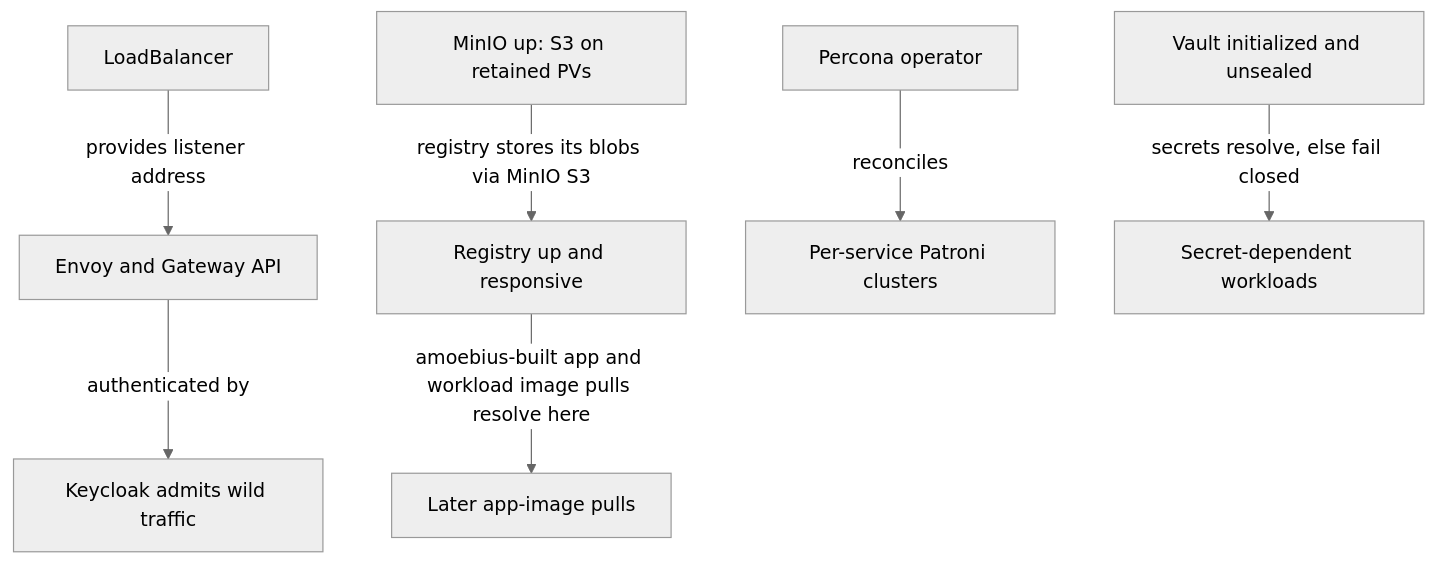
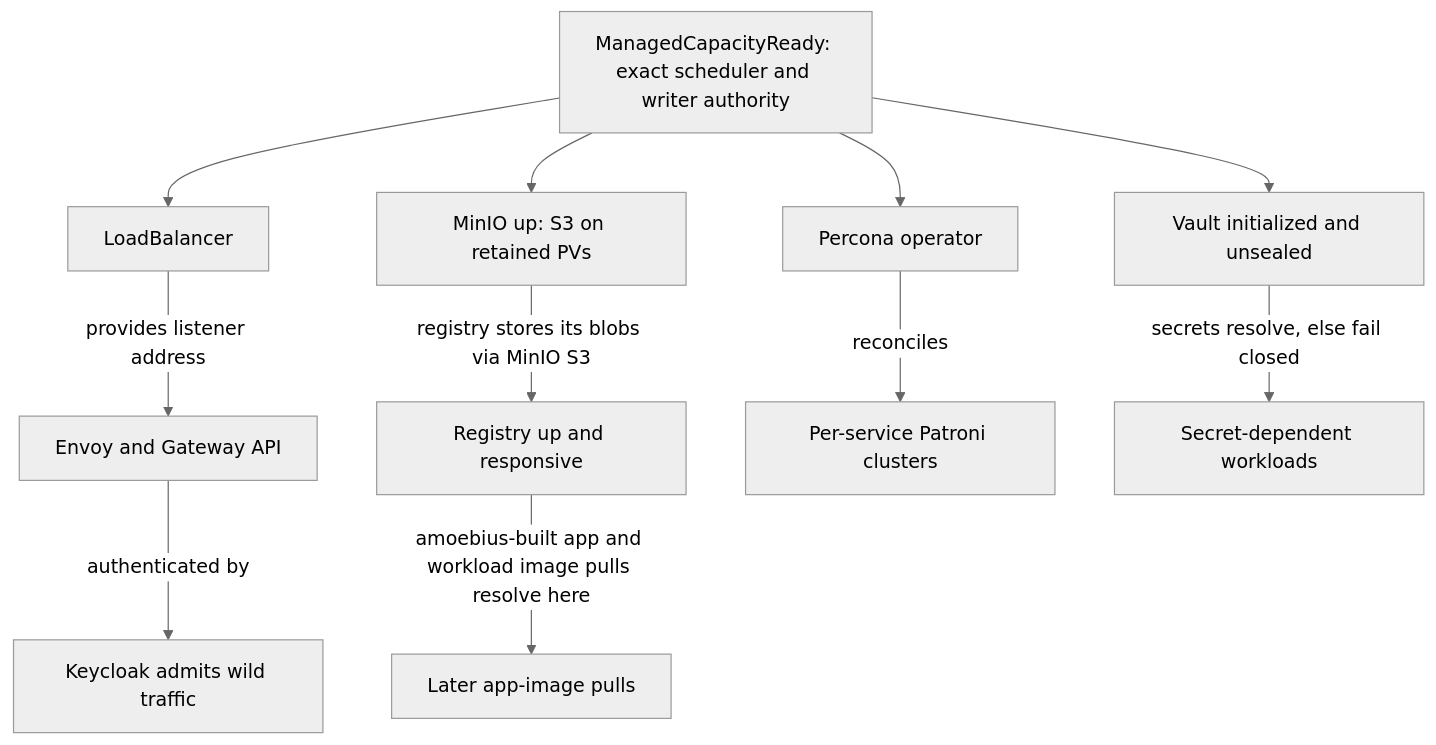
Before and after one commit to Tuee22/amoebius: the second of 2 diagrams in documents/engineering/platform_services_doctrine.md, drawn with Mermaid (neutral theme). The commit also changed other lines of this file and 87 other files, not shown here.

````diff
--- a/documents/engineering/platform_services_doctrine.md
+++ b/documents/engineering/platform_services_doctrine.md
@@ -363,9 +488,13 @@
 ```mermaid
 flowchart TD
-  lb[LoadBalancer] -->|provides listener address| edge[Envoy and Gateway API]
-  minio[MinIO up: S3 on retained PVs] -->|registry stores its blobs via MinIO S3| reg[Registry up and responsive]
+  scheduler[ManagedCapacityReady: exact scheduler and writer authority] --> lb[LoadBalancer]
+  scheduler --> minio[MinIO up: S3 on retained PVs]
+  scheduler --> operator[Percona operator]
+  scheduler --> vault[Vault initialized and unsealed]
+  lb -->|provides listener address| edge[Envoy and Gateway API]
+  minio -->|registry stores its blobs via MinIO S3| reg[Registry up and responsive]
   reg -->|amoebius-built app and workload image pulls resolve here| apppulls[Later app-image pulls]
-  operator[Percona operator] -->|reconciles| pg[Per-service Patroni clusters]
-  vault[Vault initialized and unsealed] -->|secrets resolve, else fail closed| secretdeps[Secret-dependent workloads]
+  operator -->|reconciles| pg[Per-service Patroni clusters]
+  vault -->|secrets resolve, else fail closed| secretdeps[Secret-dependent workloads]
   edge -->|authenticated by| keycloak[Keycloak admits wild traffic]
 ```
````
